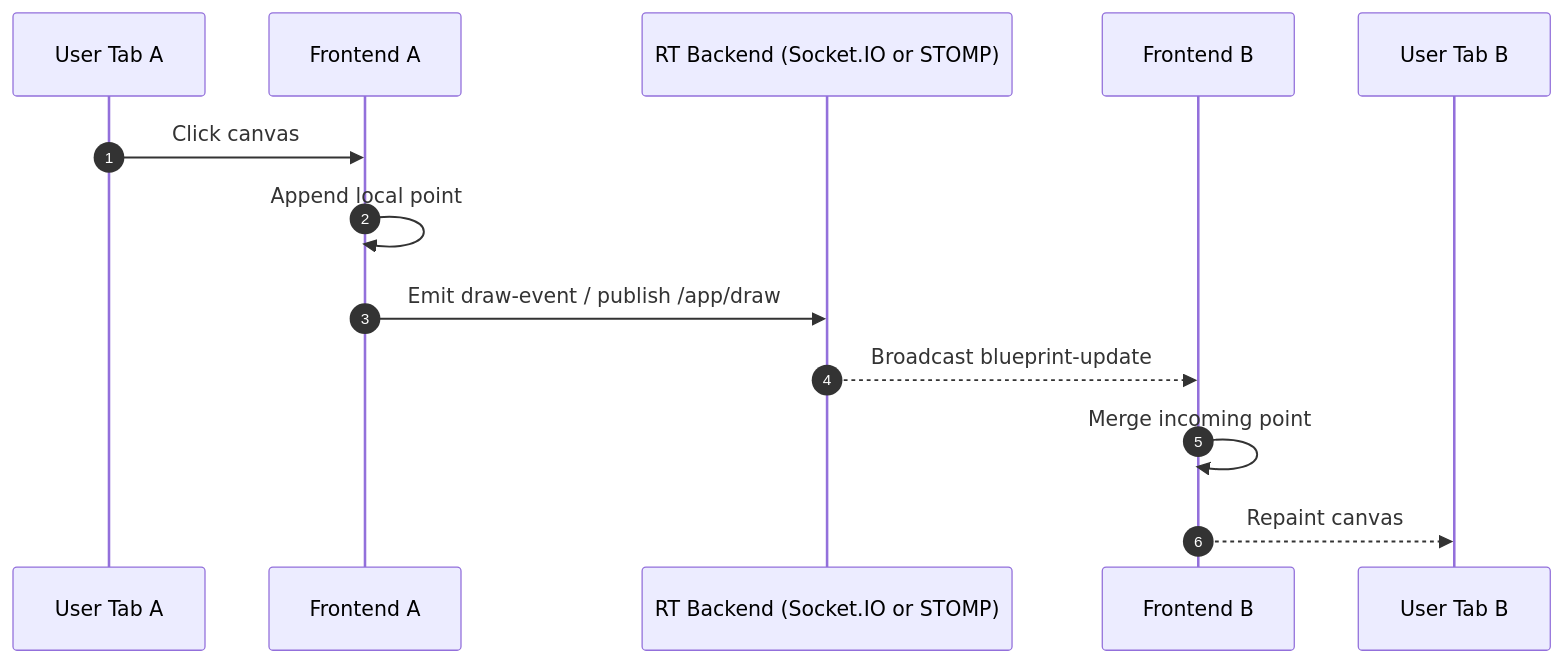
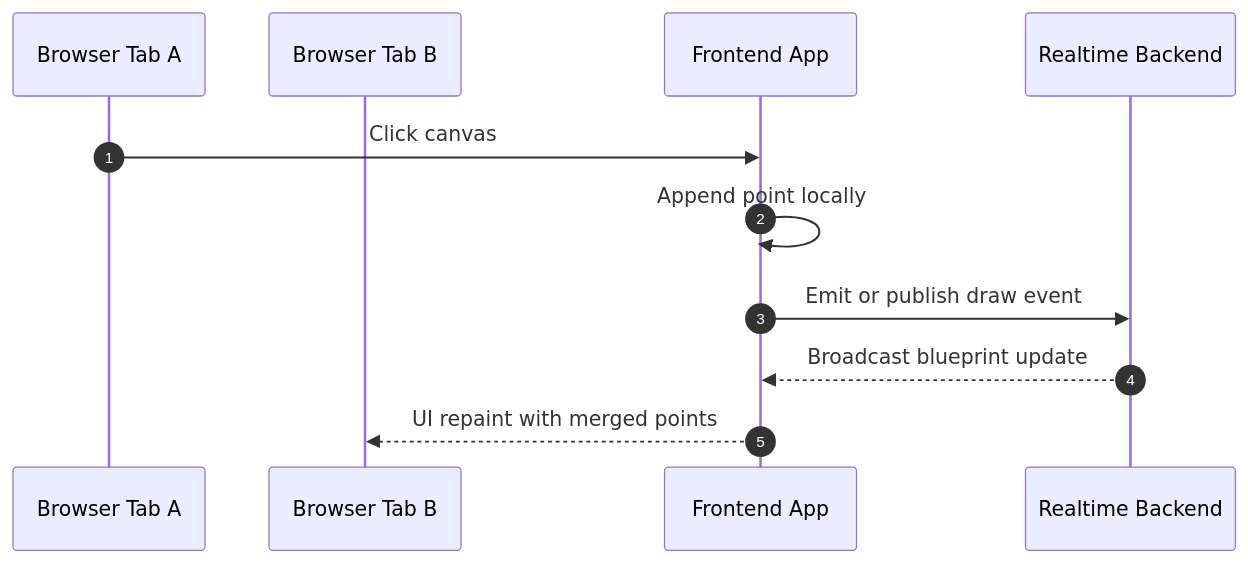
Before and after one commit to TerraFour-ECI/arsw-blueprints-api-realtime-sockets-lab: the second of 2 diagrams in README.md, drawn with Mermaid. The commit also changed other lines of this file, not shown here.

````diff
--- a/README.md
+++ b/README.md
@@ -45,16 +90,14 @@
 ```mermaid
 sequenceDiagram
   autonumber
-  participant U1 as User Tab A
-  participant FE1 as Frontend A
-  participant RT as RT Backend (Socket.IO or STOMP)
-  participant FE2 as Frontend B
-  participant U2 as User Tab B
+  participant A as Browser Tab A
+  participant B as Browser Tab B
+  participant F as Frontend App
+  participant R as Realtime Backend
 
-  U1->>FE1: Click canvas
-  FE1->>FE1: Append local point
-  FE1->>RT: Emit draw-event / publish /app/draw
-  RT-->>FE2: Broadcast blueprint-update
-  FE2->>FE2: Merge incoming point
-  FE2-->>U2: Repaint canvas
+  A->>F: Click canvas
+  F->>F: Append point locally
+  F->>R: Emit or publish draw event
+  R-->>F: Broadcast blueprint update
+  F-->>B: UI repaint with merged points
 ```
````
